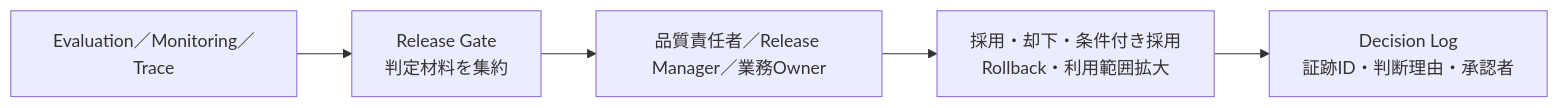
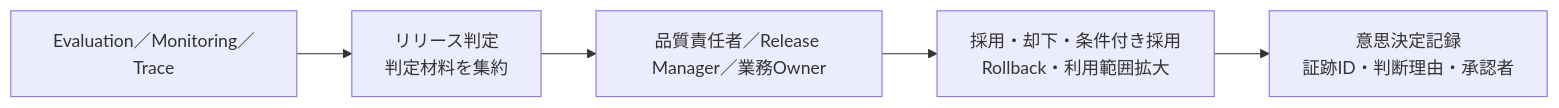
Before and after one commit to junTaniguchi/llm_ops: the second of 17 diagrams in 技術レポート作成マルチエージェント_完成版.md, drawn with Mermaid. The commit also changed other lines of this file, not shown here.

````diff
--- a/技術レポート作成マルチエージェント_完成版.md
+++ b/技術レポート作成マルチエージェント_完成版.md
@@ -124,7 +128,7 @@
 ```mermaid
 flowchart LR
-    E["Evaluation／Monitoring／Trace"] --> G["Release Gate<br/>判定材料を集約"]
+    E["Evaluation／Monitoring／Trace"] --> G["リリース判定<br/>判定材料を集約"]
     G --> H["品質責任者／Release Manager／業務Owner"]
     H --> D["採用・却下・条件付き採用<br/>Rollback・利用範囲拡大"]
-    D --> L["Decision Log<br/>証跡ID・判断理由・承認者"]
+    D --> L["意思決定記録<br/>証跡ID・判断理由・承認者"]
 ```
````
